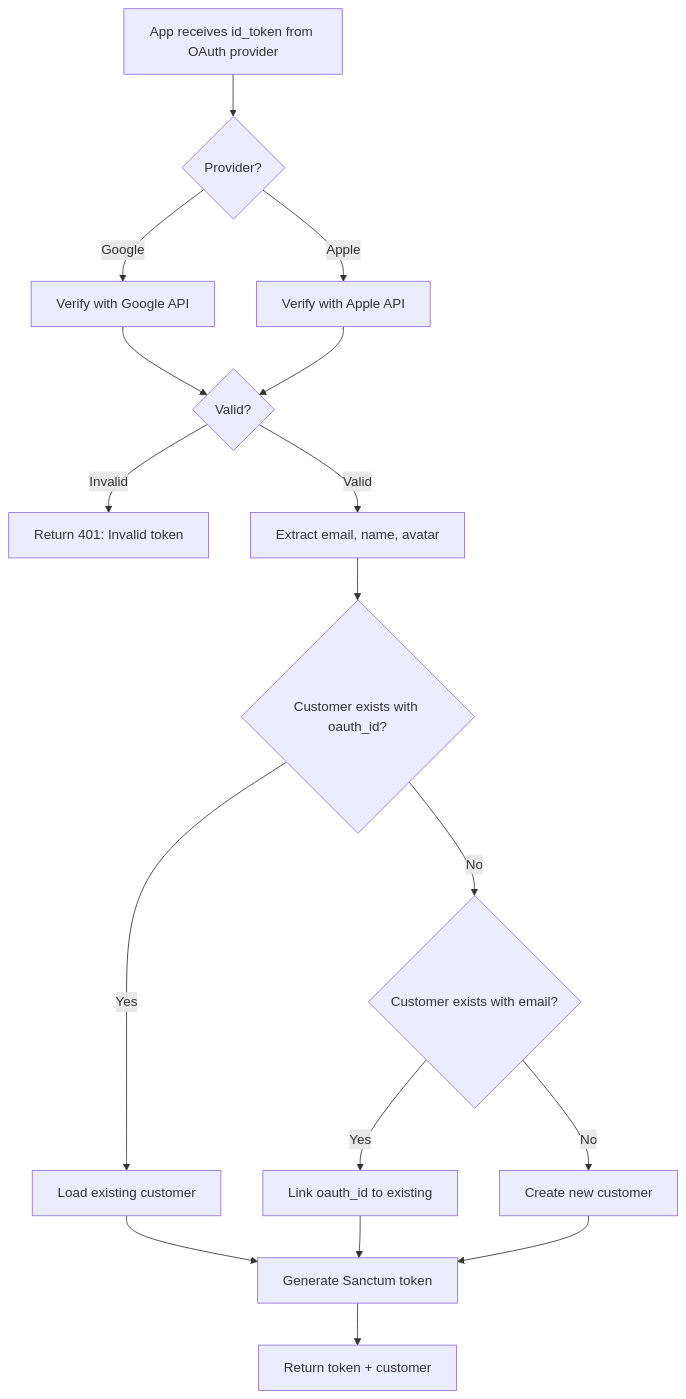
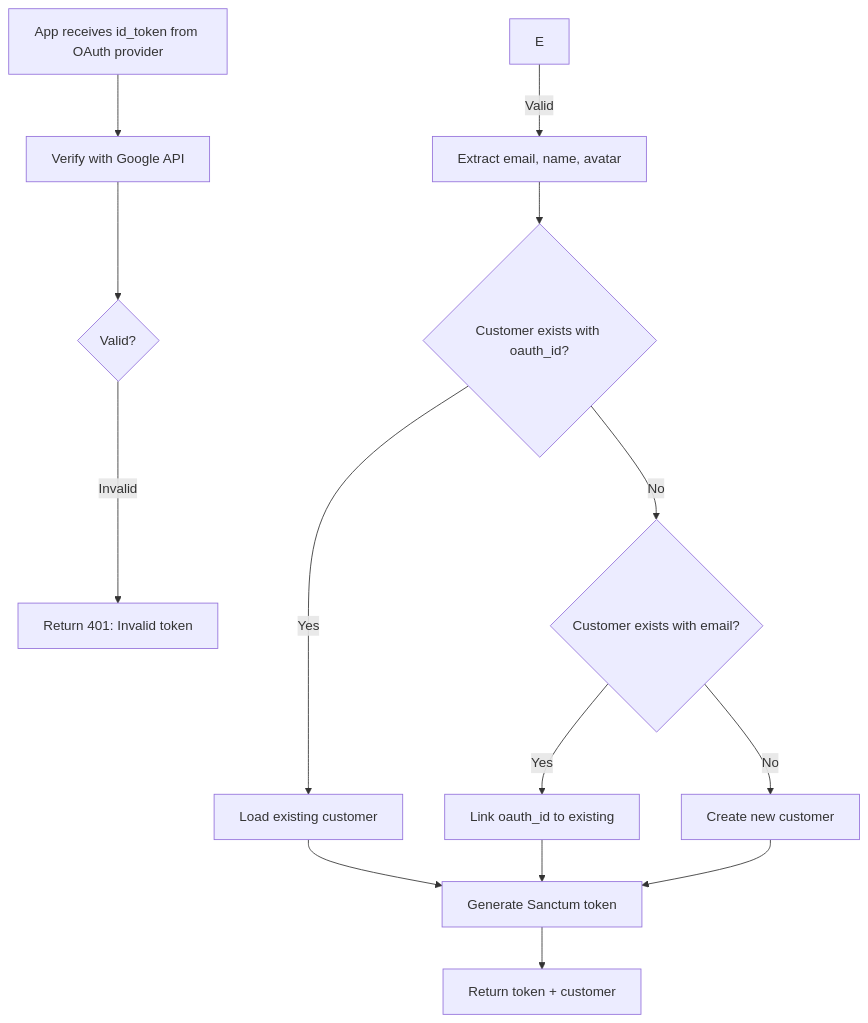
One commit to Diego-Landony/AdminPanel changed the seventh of 9 diagrams in docs/ARCHITECTURE.md. Above: the diagram before and after it, drawn with Mermaid. The commit also changed other lines of this file and 21 other files, not shown here.

````diff
--- a/docs/ARCHITECTURE.md
+++ b/docs/ARCHITECTURE.md
@@ -544,19 +536,16 @@
 ```mermaid
 flowchart TD
-    A[App receives id_token from OAuth provider] --> B{Provider?}
-    B -->|Google| C[Verify with Google API]
-    B -->|Apple| D[Verify with Apple API]
-    C --> E{Valid?}
-    D --> E
-    E -->|Invalid| F[Return 401: Invalid token]
+    A[App receives id_token from OAuth provider] --> B[Verify with Google API]
+    B --> C{Valid?}
+    C -->|Invalid| D[Return 401: Invalid token]
     E -->|Valid| G[Extract email, name, avatar]
     G --> H{Customer exists with oauth_id?}
     H -->|Yes| I[Load existing customer]
     H -->|No| J{Customer exists with email?}
     J -->|Yes| K[Link oauth_id to existing]
     J -->|No| L[Create new customer]
     I --> M[Generate Sanctum token]
     K --> M
     L --> M
     M --> N[Return token + customer]
 ```
````
